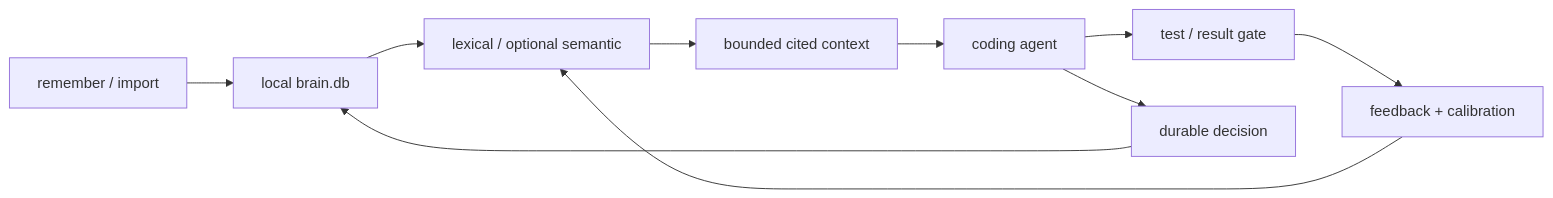
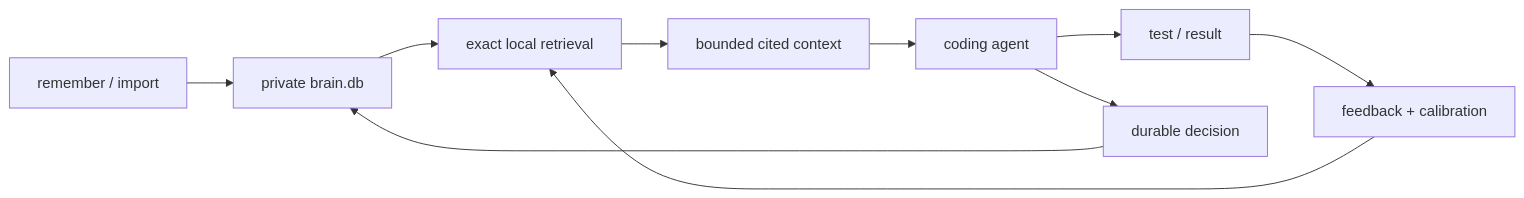
Before and after one commit to Supersynergy/synapse: the diagram in release/synapse-memory/FEATURES.md, drawn with Mermaid. The commit also changed other lines of this file and 25 other files, not shown here.

````diff
--- a/release/synapse-memory/FEATURES.md
+++ b/release/synapse-memory/FEATURES.md
@@ -55,12 +45,12 @@
 ```mermaid
 flowchart LR
-    Capture["remember / import"] --> Store["local brain.db"]
-    Store --> Retrieve["lexical / optional semantic"]
+    Capture["remember / import"] --> Store["private brain.db"]
+    Store --> Retrieve["exact local retrieval"]
     Retrieve --> Pack["bounded cited context"]
     Pack --> Agent["coding agent"]
-    Agent --> Gate["test / result gate"]
-    Gate --> Feedback["feedback + calibration"]
+    Agent --> Work["test / result"]
+    Work --> Feedback["feedback + calibration"]
     Feedback --> Retrieve
     Agent --> Decision["durable decision"]
     Decision --> Store
 ```
````
